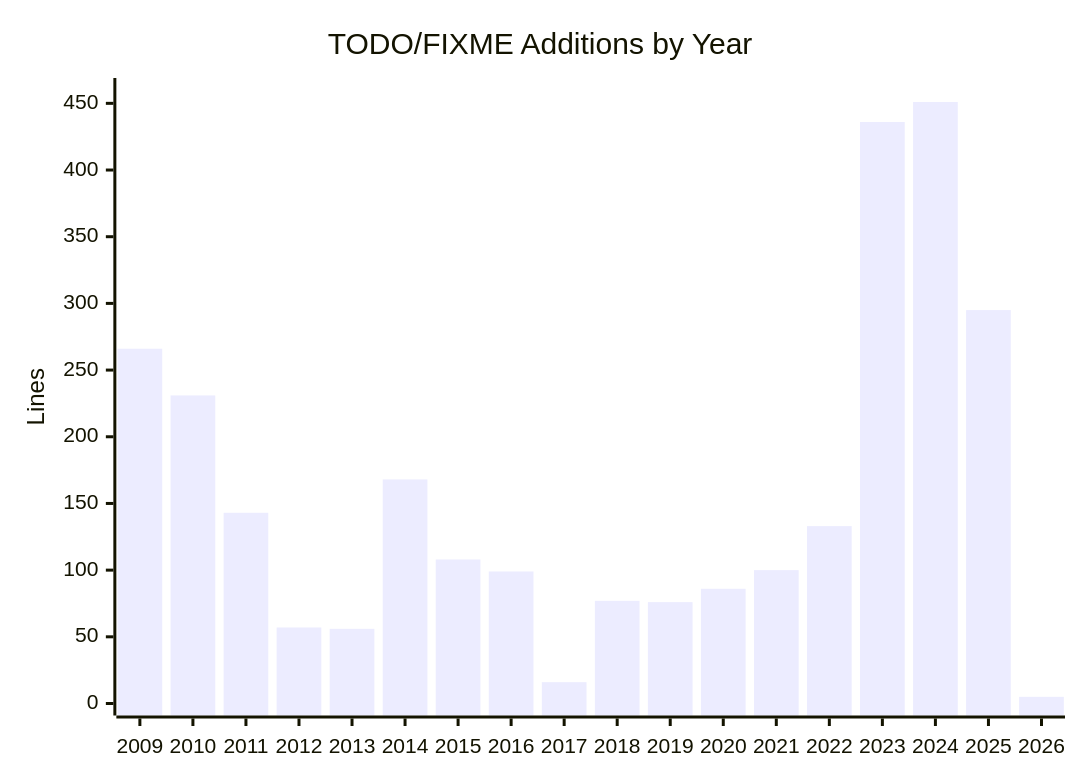
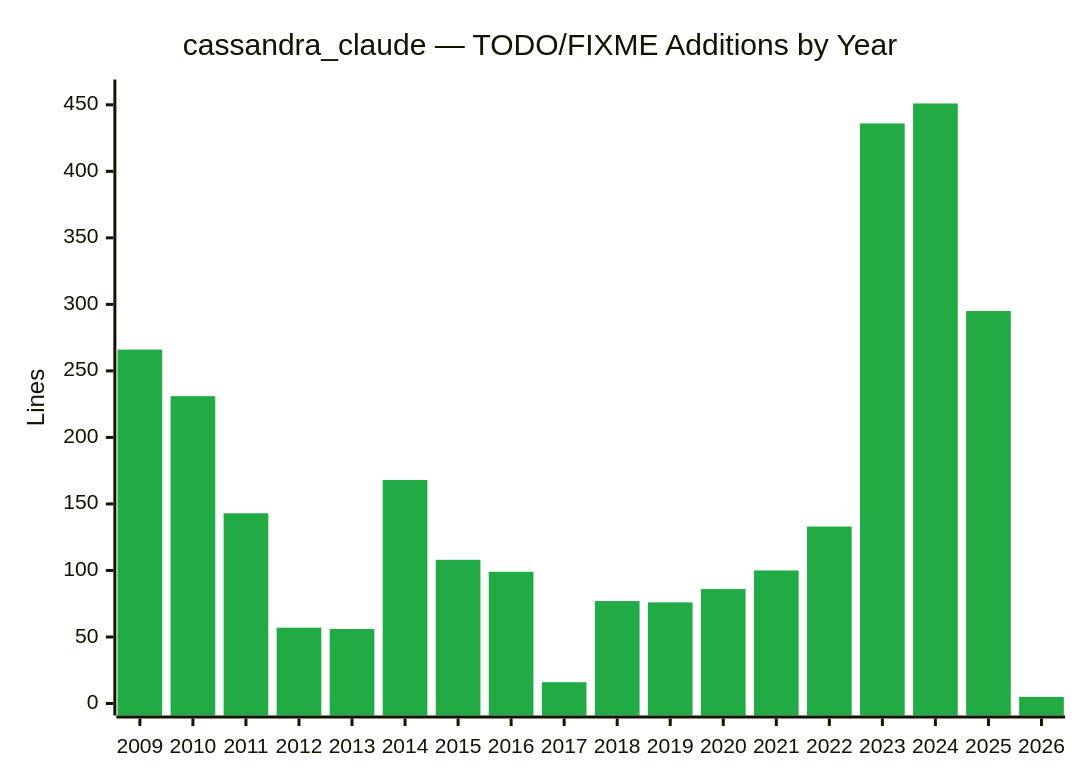
The second of 7 diagrams in todo_analysis.md (Mmuzaf/cassandra), drawn with Mermaid before and after one commit. The commit also changed other lines of this file, not shown here.

````diff
--- a/todo_analysis.md
+++ b/todo_analysis.md
@@ -12,7 +21,8 @@
 ```mermaid
+%%{init: {'theme': 'base', 'themeVariables': {'xyChart': {'plotColorPalette': '#22aa44'}}}}%%
 xychart-beta
-    title "TODO/FIXME Additions by Year"
+    title "cassandra_claude — TODO/FIXME Additions by Year"
     x-axis [2009, 2010, 2011, 2012, 2013, 2014, 2015, 2016, 2017, 2018, 2019, 2020, 2021, 2022, 2023, 2024, 2025, 2026]
     y-axis "Lines" 0 --> 460
     bar [266, 231, 143, 57, 56, 168, 108, 99, 16, 77, 76, 86, 100, 133, 436, 451, 295, 5]
 ```
````
